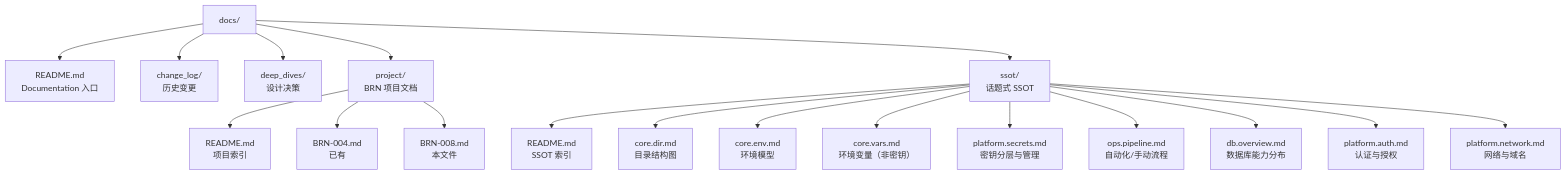
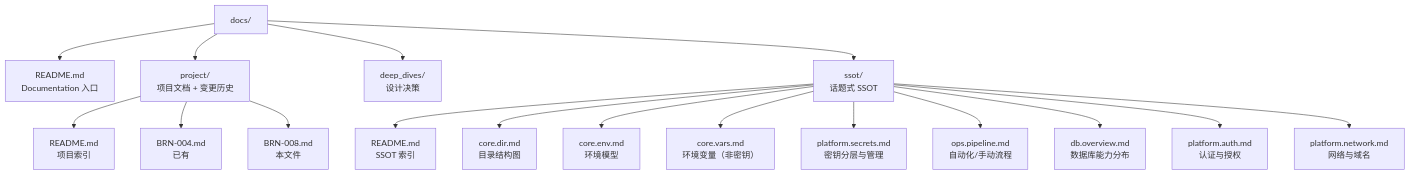
The first of 5 diagrams in docs/project/archive/Infra-002.ssot_refactor_and_docs.md (wangzitian0/infra2), drawn with Mermaid before and after one commit. The commit also changed other lines of this file and 19 other files, not shown here.

````diff
--- a/docs/project/archive/Infra-002.ssot_refactor_and_docs.md
+++ b/docs/project/archive/Infra-002.ssot_refactor_and_docs.md
@@ -181,22 +181,21 @@
 ```mermaid
 flowchart TB
     Docs["docs/"]
     Docs --> DocsReadme["README.md<br/>Documentation 入口"]
-    Docs --> ChangeLog["change_log/<br/>历史变更"]
+    Docs --> Project["project/<br/>项目文档 + 变更历史"]
     Docs --> DeepDives["deep_dives/<br/>设计决策"]
-    Docs --> Project["project/<br/>BRN 项目文档"]
     Project --> ProjectReadme["README.md<br/>项目索引"]
     Project --> BRN004["BRN-004.md<br/>已有"]
     Project --> BRN008["BRN-008.md<br/>本文件"]
 
     Docs --> Ssot["ssot/<br/>话题式 SSOT"]
     Ssot --> SsotReadme["README.md<br/>SSOT 索引"]
     Ssot --> CoreDir["core.dir.md<br/>目录结构图"]
     Ssot --> CoreEnv["core.env.md<br/>环境模型"]
     Ssot --> CoreVars["core.vars.md<br/>环境变量（非密钥）"]
     Ssot --> PlatformSecrets["platform.secrets.md<br/>密钥分层与管理"]
     Ssot --> OpsPipeline["ops.pipeline.md<br/>自动化/手动流程"]
     Ssot --> DbOverview["db.overview.md<br/>数据库能力分布"]
     Ssot --> PlatformAuth["platform.auth.md<br/>认证与授权"]
     Ssot --> PlatformNetwork["platform.network.md<br/>网络与域名"]
 ```
````
